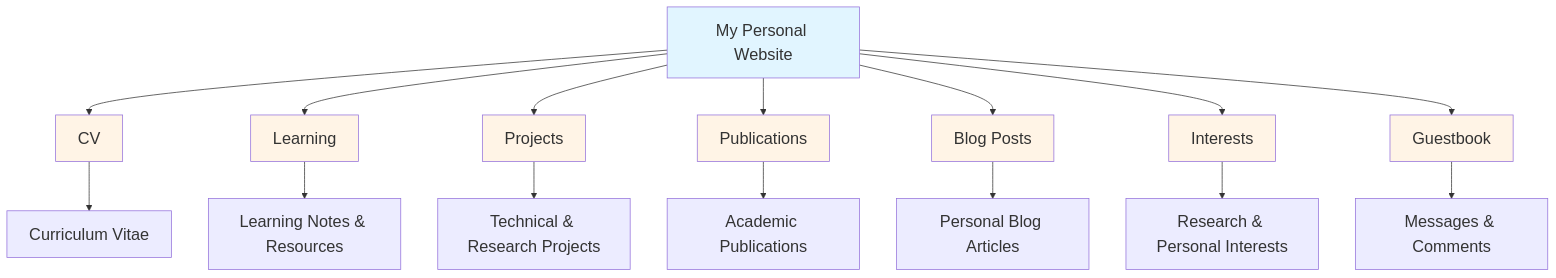
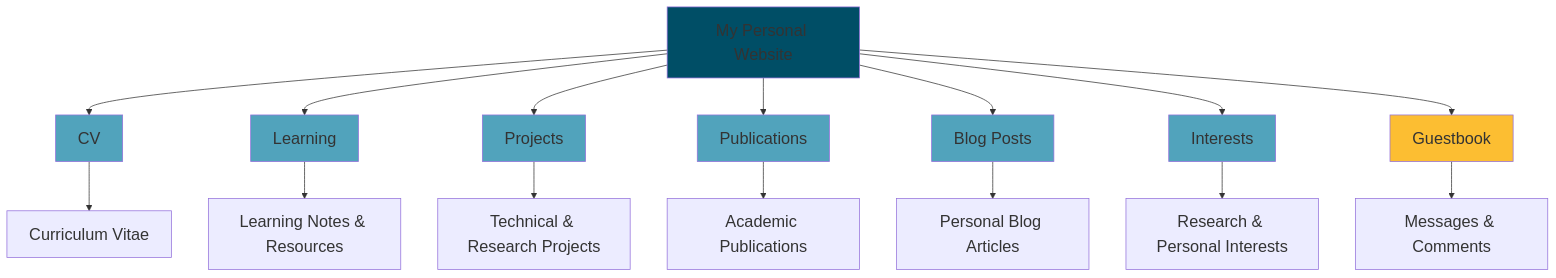
The diagram in _pages/about.md (Anthony-Li-Anran/Anthony-Li-Anran.github.io), drawn with Mermaid before and after one commit.

````diff
--- a/_pages/about.md
+++ b/_pages/about.md
@@ -15,34 +15,34 @@
 ```mermaid
 ---
 config:
   theme: 'default'
   themeVariables:
     fontSize: '22px'
     fontFamily: 'Comic Sans MS'
 ---
 graph TD
     A[My Personal Website] --> B[CV]
     A --> C[Learning]
     A --> D[Projects]
     A --> E[Publications]
     A --> F[Blog Posts]
     A --> G[Interests]
     A --> H[Guestbook]
     
     B --> B1[Curriculum Vitae]
     C --> C1[Learning Notes & Resources]
     D --> D1[Technical & Research Projects]
     E --> E1[Academic Publications]
     F --> F1[Personal Blog Articles]
     G --> G1[Research & Personal Interests]
     H --> H1[Messages & Comments]
     
-    style A fill:#e1f5ff
-    style B fill:#fff4e6
-    style C fill:#fff4e6
-    style D fill:#fff4e6
-    style E fill:#fff4e6
-    style F fill:#fff4e6
-    style G fill:#fff4e6
-    style H fill:#fff4e6
+    style A fill:#004E66
+    style B fill:#51A3BC
+    style C fill:#51A3BC
+    style D fill:#51A3BC
+    style E fill:#51A3BC
+    style F fill:#51A3BC
+    style G fill:#51A3BC
+    style H fill:#FCBE32
 ```
````
